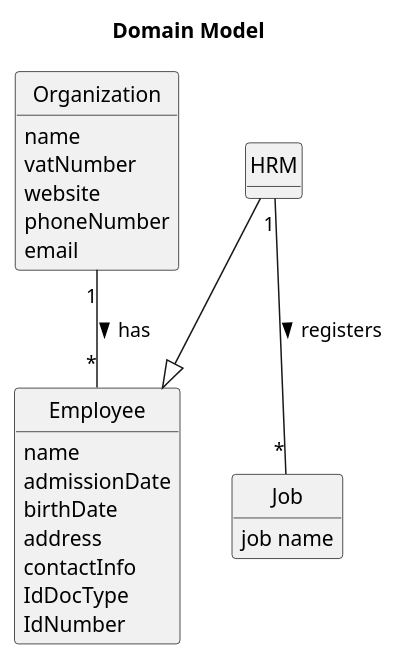
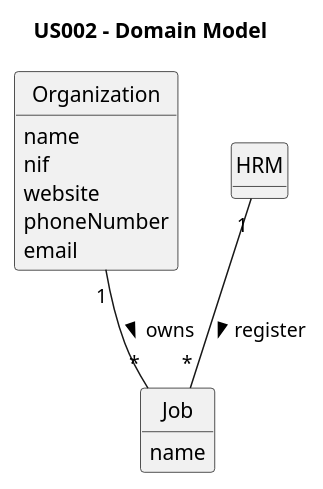
Before and after one commit to Rui-San/LAPR2_2023_2024: the diagram in docs/sprintA/us002/02.analysis/puml/us002-domain-model.puml, drawn with PlantUML.

Commit message:
US02: Fixed domain model

```diff
--- a/docs/sprintA/us002/02.analysis/puml/us002-domain-model.puml
+++ b/docs/sprintA/us002/02.analysis/puml/us002-domain-model.puml
@@ -1,43 +1,34 @@
 @startuml
 skinparam monochrome true
 skinparam packageStyle rectangle
 skinparam shadowing false
-'skinparam linetype ortho
+
 'left to right direction
+
 skinparam classAttributeIconSize 0
+
 hide circle
 hide methods
 
-title Domain Model
+title US002 - Domain Model
 
 class Organization {
     name
-    vatNumber
+    nif
     website
     phoneNumber
     email
 }
 
-class Employee {
+class Job{
     name
-    admissionDate
-    birthDate
-    address
-    contactInfo
-    IdDocType
-    IdNumber
 }
 
 class HRM{
 
 }
 
-class Job{
-    job name
-}
-
-Organization "1" -- "*" Employee : "has >"
-HRM --|> Employee
-HRM "1" -- "*" Job : "registers >"
+Organization "1" -- "*" Job : "owns >"
+HRM "1" -- "*" Job : "register >"
 
 @enduml
```
